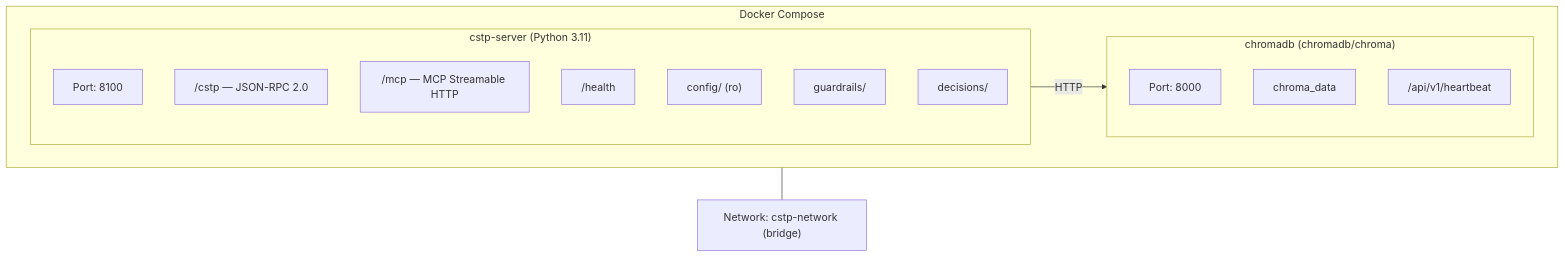
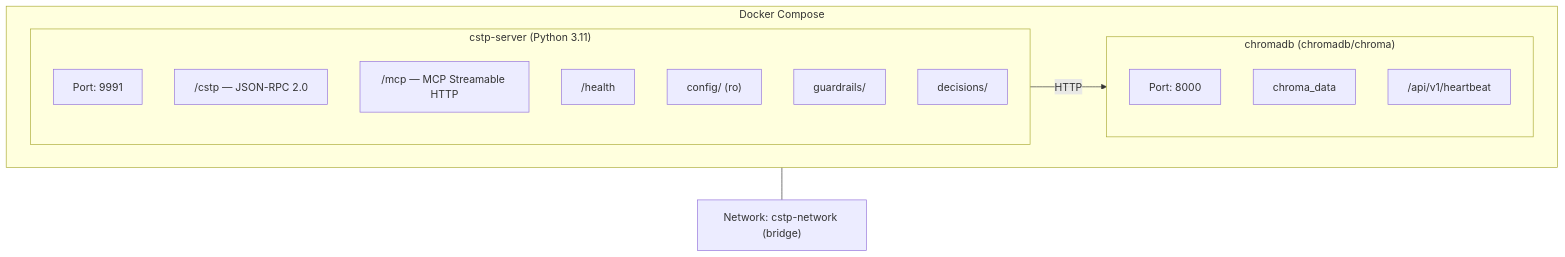
One commit to tfatykhov/cognition-agent-decisions changed the seventh of 7 diagrams in website/reference/architecture.md. Above: the diagram before and after it, drawn with Mermaid. The commit also changed other lines of this file and 11 other files, not shown here.

````diff
--- a/website/reference/architecture.md
+++ b/website/reference/architecture.md
@@ -390,25 +390,25 @@
 ```mermaid
 graph TB
     subgraph Docker["Docker Compose"]
         subgraph CSTP["cstp-server (Python 3.11)"]
-            PORT_8100["Port: 8100"]
+            PORT_9991["Port: 9991"]
             EP_CSTP["/cstp — JSON-RPC 2.0"]
             EP_MCP["/mcp — MCP Streamable HTTP"]
             EP_HEALTH["/health"]
             VOL_CONFIG["config/ (ro)"]
             VOL_GUARD["guardrails/"]
             VOL_DEC["decisions/"]
         end
 
         subgraph CHROMA["chromadb (chromadb/chroma)"]
             PORT_8000["Port: 8000"]
             VOL_CHROMA["chroma_data"]
             HB["/api/v1/heartbeat"]
         end
 
         CSTP -->|HTTP| CHROMA
     end
 
     NET["Network: cstp-network (bridge)"]
     Docker --- NET
 ```
````
